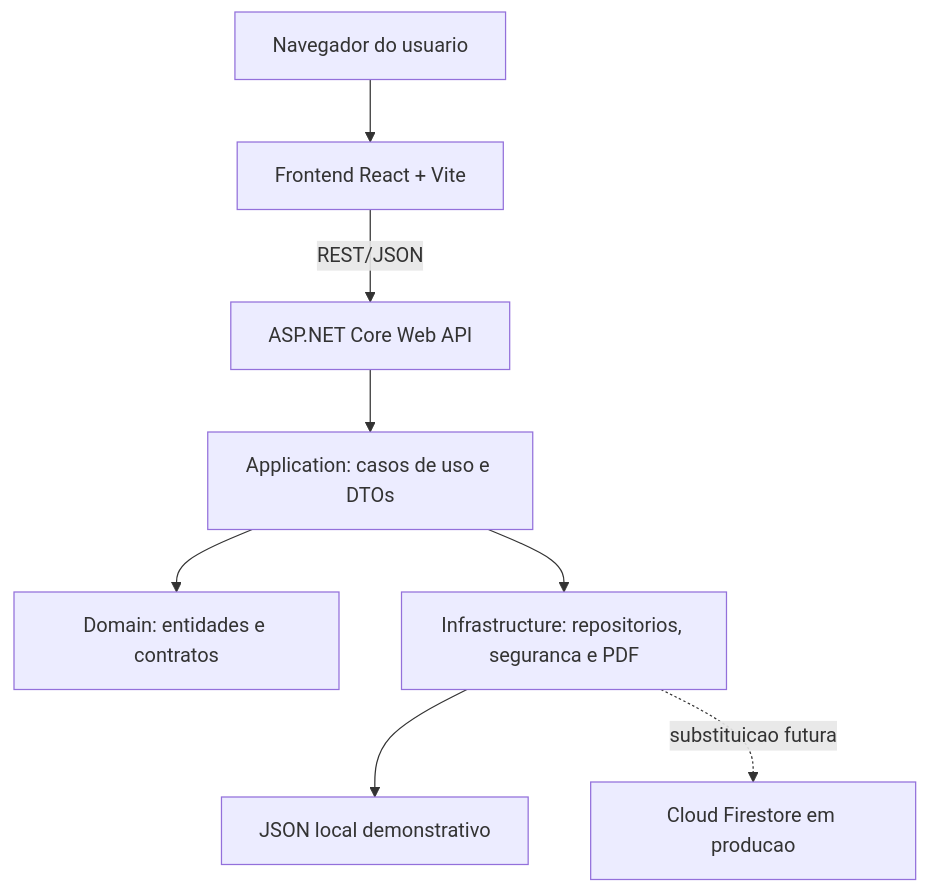
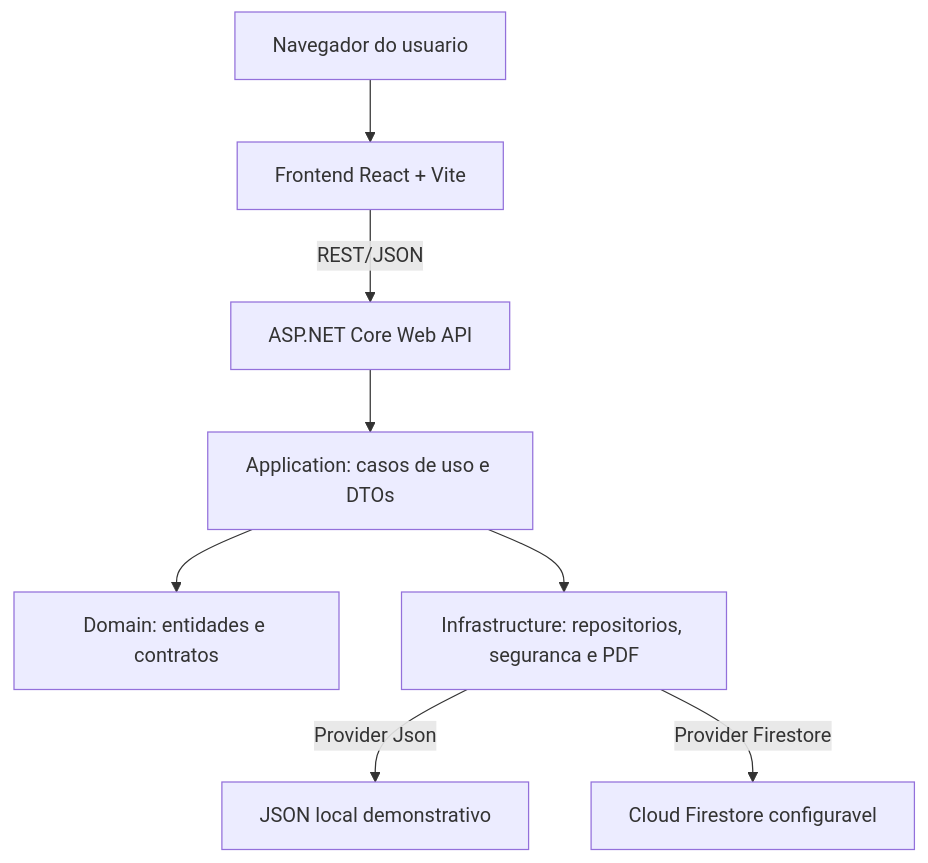
The second of 3 diagrams in diario_emocional_inteligente_codigo_base/docs/04_DESENVOLVIMENTO.md (ViniciusNitzke/TCC_Diario_Emocional), drawn with Mermaid before and after one commit. The commit also changed other lines of this file and 14 other files, not shown here.

````diff
--- a/diario_emocional_inteligente_codigo_base/docs/04_DESENVOLVIMENTO.md
+++ b/diario_emocional_inteligente_codigo_base/docs/04_DESENVOLVIMENTO.md
@@ -57,19 +57,19 @@
 ```mermaid
 flowchart TB
     Browser["Navegador do usuario"]
     React["Frontend React + Vite"]
     Api["ASP.NET Core Web API"]
     AppLayer["Application: casos de uso e DTOs"]
     Domain["Domain: entidades e contratos"]
     Infra["Infrastructure: repositorios, seguranca e PDF"]
     Json["JSON local demonstrativo"]
-    Firestore["Cloud Firestore em producao"]
+    Firestore["Cloud Firestore configuravel"]
 
     Browser --> React
     React -->|"REST/JSON"| Api
     Api --> AppLayer
     AppLayer --> Domain
     AppLayer --> Infra
-    Infra --> Json
-    Infra -. substituicao futura .-> Firestore
+    Infra -->|"Provider Json"| Json
+    Infra -->|"Provider Firestore"| Firestore
 ```
````
